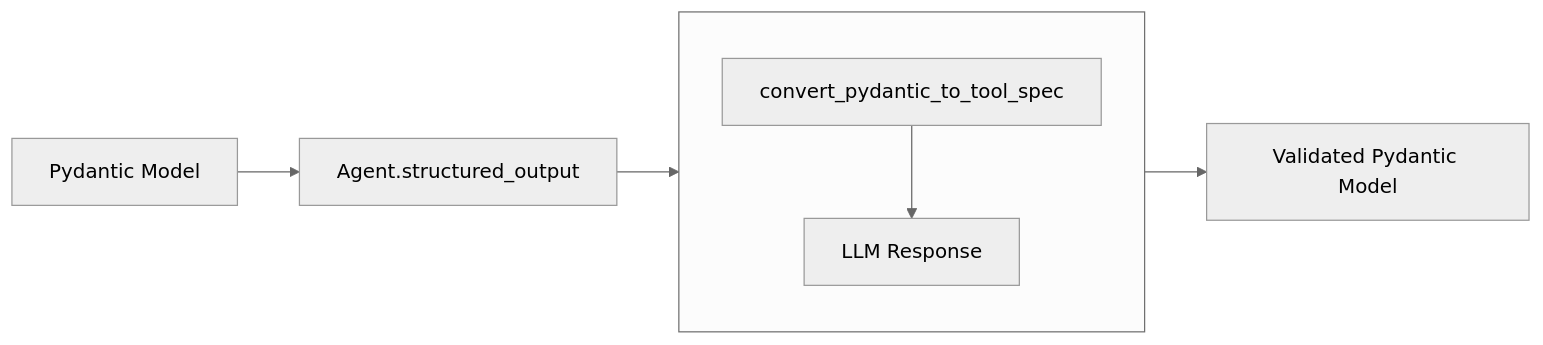
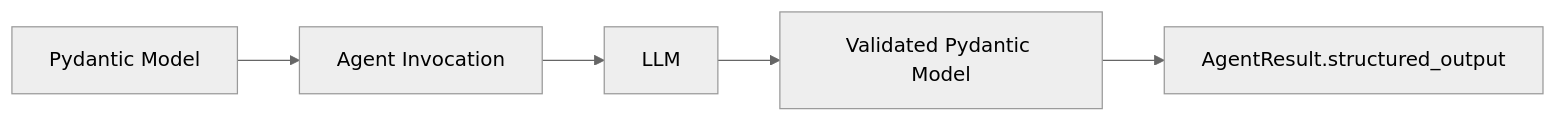
Before and after one commit to daniel-was-taken/docs-strands: the diagram in docs/user-guide/concepts/agents/structured-output.md, drawn with Mermaid (neutral theme). The commit also changed other lines of this file, not shown here.

First line of the commit message:
docs: add documentation for the new structured output approach (#295)

````diff
--- a/docs/user-guide/concepts/agents/structured-output.md
+++ b/docs/user-guide/concepts/agents/structured-output.md
@@ -9,12 +10,6 @@
 ```mermaid
 flowchart LR
-    A[Pydantic Model] --> B[Agent.structured_output]
-
-    subgraph Process[" "]
-        direction TB
-        C[convert_pydantic_to_tool_spec] --> D[LLM Response]
-    end
-
-    B --> Process
-    Process --> E[Validated Pydantic Model]
+    A[Pydantic Model] --> B[Agent Invocation]
+    B --> C[LLM] --> D[Validated Pydantic Model]
+    D --> E[AgentResult.structured_output]
 ```
````
